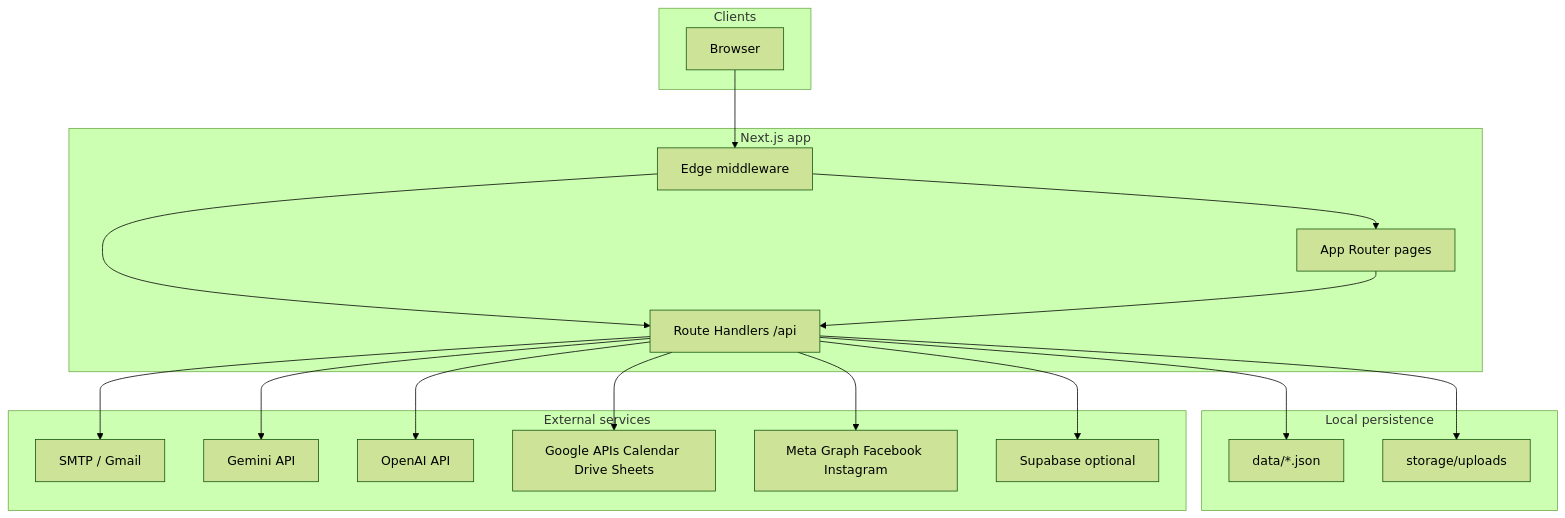
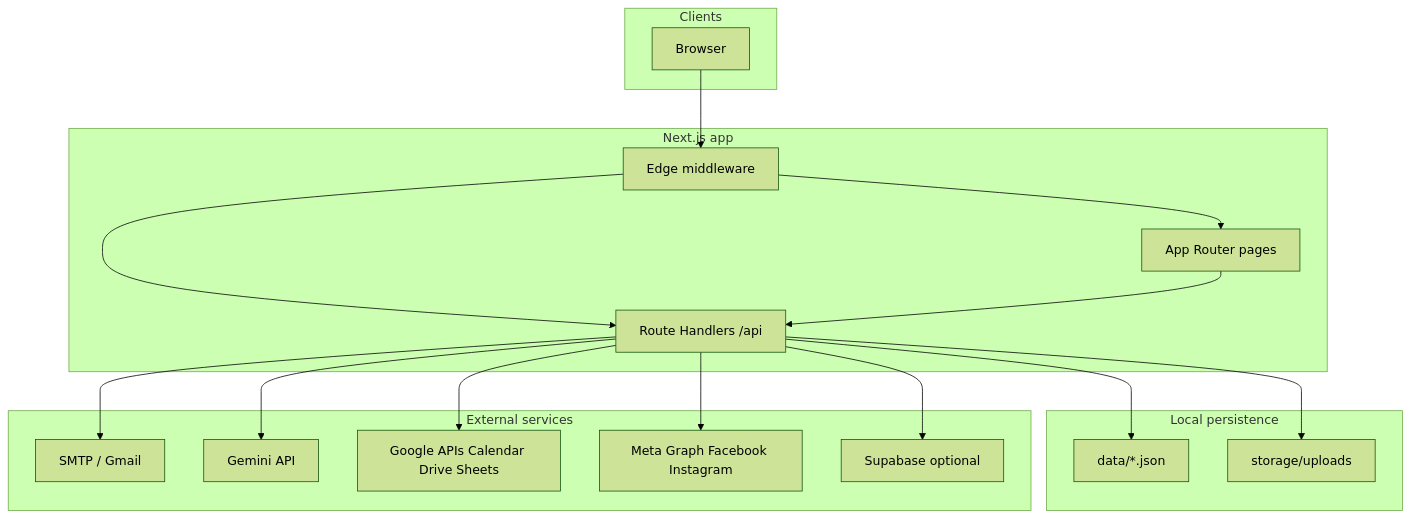
Before and after one commit to Minrosh/minrosh-migration: the diagram in docs/SYSTEM-ARCHITECTURE-AND-DEVELOPER-GUIDE.md, drawn with Mermaid (forest theme). The commit also changed other lines of this file and 25 other files, not shown here.

````diff
--- a/docs/SYSTEM-ARCHITECTURE-AND-DEVELOPER-GUIDE.md
+++ b/docs/SYSTEM-ARCHITECTURE-AND-DEVELOPER-GUIDE.md
@@ -42,39 +42,37 @@
 ```mermaid
 flowchart TB
   subgraph clients [Clients]
     Browser[Browser]
   end
 
   subgraph next [Next.js app]
     Pages[App Router pages]
     MW[Edge middleware]
     API[Route Handlers /api]
   end
 
   subgraph data [Local persistence]
     DataJSON[data/*.json]
     Storage[storage/uploads]
   end
 
   subgraph ext [External services]
     SMTP[SMTP / Gmail]
     Gemini[Gemini API]
-    OpenAI[OpenAI API]
     Google[Google APIs Calendar Drive Sheets]
     Meta[Meta Graph Facebook Instagram]
     Supa[Supabase optional]
   end
 
   Browser --> MW
   MW --> Pages
   MW --> API
   Pages --> API
   API --> DataJSON
   API --> Storage
   API --> SMTP
   API --> Gemini
-  API --> OpenAI
   API --> Google
   API --> Meta
   API --> Supa
 ```
````
